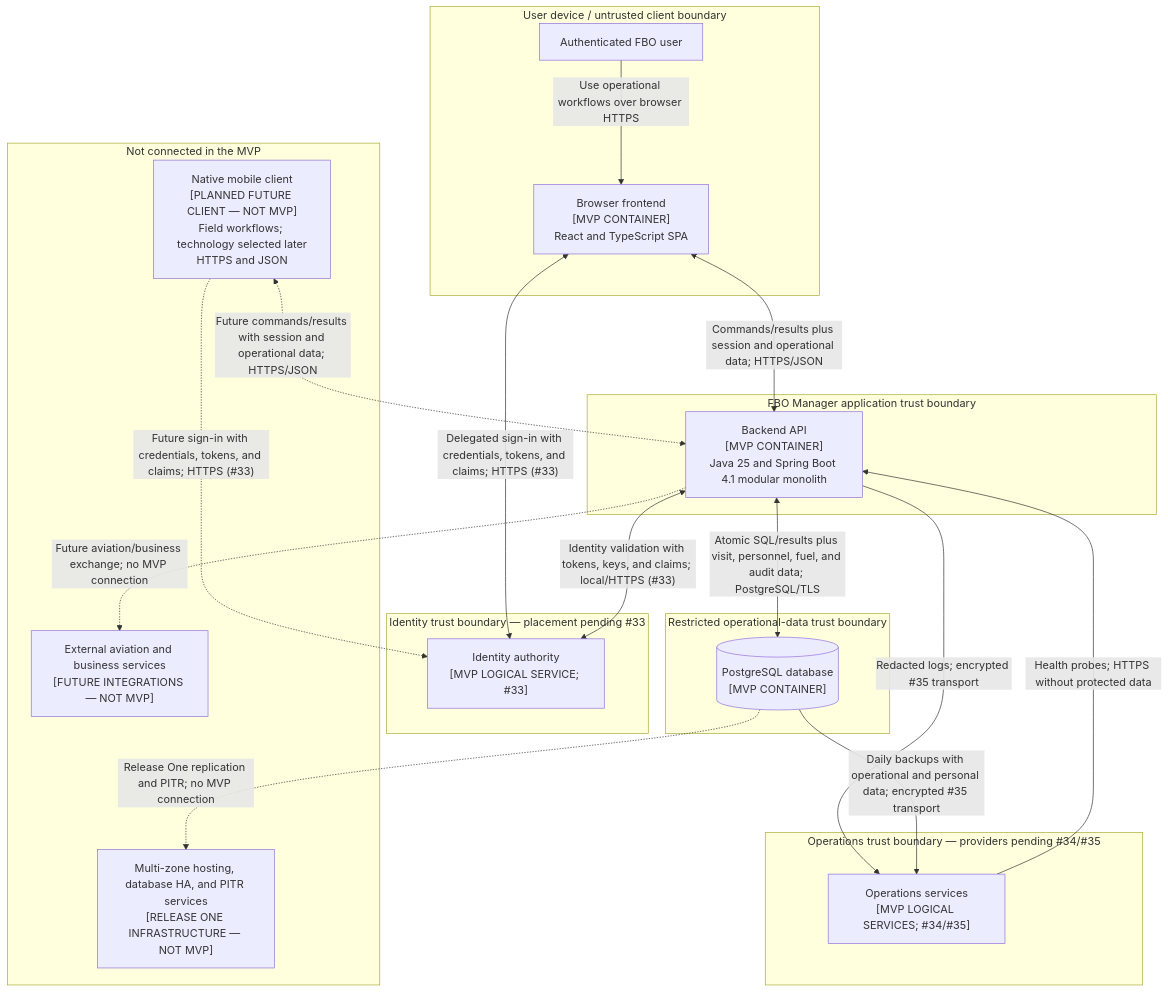
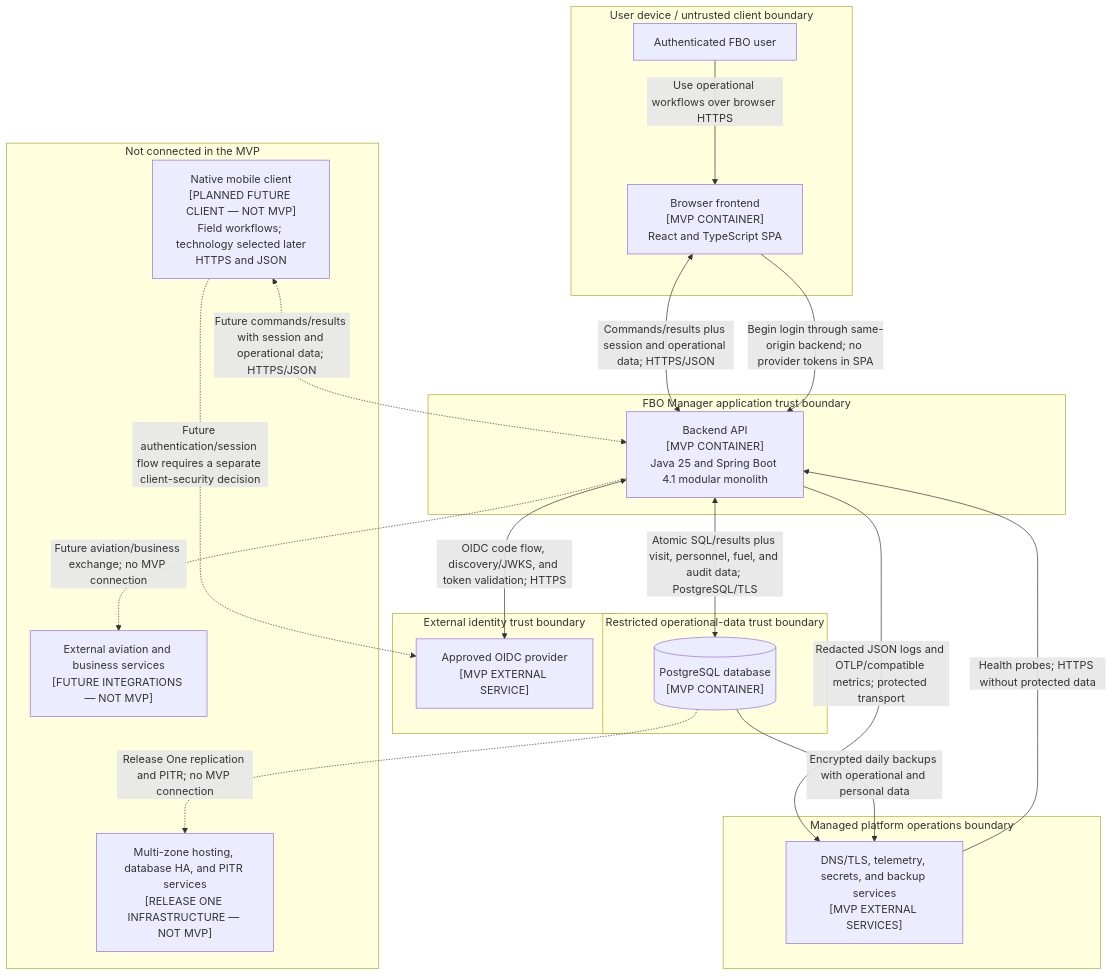
Before and after one commit to ecillie/FBO_Manager: the second of 3 diagrams in docs/architecture.md, drawn with Mermaid. The commit also changed other lines of this file and 13 other files, not shown here.

Commit message:
Consolidate MVP architecture decisions

````diff
--- a/docs/architecture.md
+++ b/docs/architecture.md
@@ -80,42 +80,42 @@
 ```mermaid
 flowchart TB
     subgraph deviceBoundary["User device / untrusted client boundary"]
         staff["Authenticated FBO user"]
         frontend["Browser frontend<br/>[MVP CONTAINER]<br/>React and TypeScript SPA"]
     end
 
     subgraph applicationBoundary["FBO Manager application trust boundary"]
         backend["Backend API<br/>[MVP CONTAINER]<br/>Java 25 and Spring Boot 4.1 modular monolith"]
     end
 
     subgraph dataBoundary["Restricted operational-data trust boundary"]
         database[("PostgreSQL database<br/>[MVP CONTAINER]")]
     end
 
-    subgraph identityBoundary["Identity trust boundary — placement pending #33"]
-        identityService["Identity authority<br/>[MVP LOGICAL SERVICE; #33]"]
+    subgraph identityBoundary["External identity trust boundary"]
+        identityService["Approved OIDC provider<br/>[MVP EXTERNAL SERVICE]"]
     end
 
-    subgraph operationsBoundary["Operations trust boundary — providers pending #34/#35"]
-        operationsService["Operations services<br/>[MVP LOGICAL SERVICES; #34/#35]"]
+    subgraph operationsBoundary["Managed platform operations boundary"]
+        operationsService["DNS/TLS, telemetry, secrets, and backup services<br/>[MVP EXTERNAL SERVICES]"]
     end
 
     subgraph notMvp["Not connected in the MVP"]
         nativeMobile["Native mobile client<br/>[PLANNED FUTURE CLIENT — NOT MVP]<br/>Field workflows; technology selected later<br/>HTTPS and JSON"]
         futureServices["External aviation and business services<br/>[FUTURE INTEGRATIONS — NOT MVP]"]
         releaseOneServices["Multi-zone hosting, database HA, and PITR services<br/>[RELEASE ONE INFRASTRUCTURE — NOT MVP]"]
     end
 
     staff -->|"Use operational workflows over browser HTTPS"| frontend
     frontend <-->|"Commands/results plus session and operational data; HTTPS/JSON"| backend
     backend <-->|"Atomic SQL/results plus visit, personnel, fuel, and audit data; PostgreSQL/TLS"| database
-    frontend <-->|"Delegated sign-in with credentials, tokens, and claims; HTTPS (#33)"| identityService
-    backend <-->|"Identity validation with tokens, keys, and claims; local/HTTPS (#33)"| identityService
+    frontend -->|"Begin login through same-origin backend; no provider tokens in SPA"| backend
+    backend <-->|"OIDC code flow, discovery/JWKS, and token validation; HTTPS"| identityService
     operationsService -->|"Health probes; HTTPS without protected data"| backend
-    backend -->|"Redacted logs; encrypted #35 transport"| operationsService
-    database -->|"Daily backups with operational and personal data; encrypted #35 transport"| operationsService
+    backend -->|"Redacted JSON logs and OTLP/compatible metrics; protected transport"| operationsService
+    database -->|"Encrypted daily backups with operational and personal data"| operationsService
     nativeMobile <-.->|"Future commands/results with session and operational data; HTTPS/JSON"| backend
-    nativeMobile -.->|"Future sign-in with credentials, tokens, and claims; HTTPS (#33)"| identityService
+    nativeMobile -.->|"Future authentication/session flow requires a separate client-security decision"| identityService
     backend -.->|"Future aviation/business exchange; no MVP connection"| futureServices
     database -.->|"Release One replication and PITR; no MVP connection"| releaseOneServices
 ```
````
